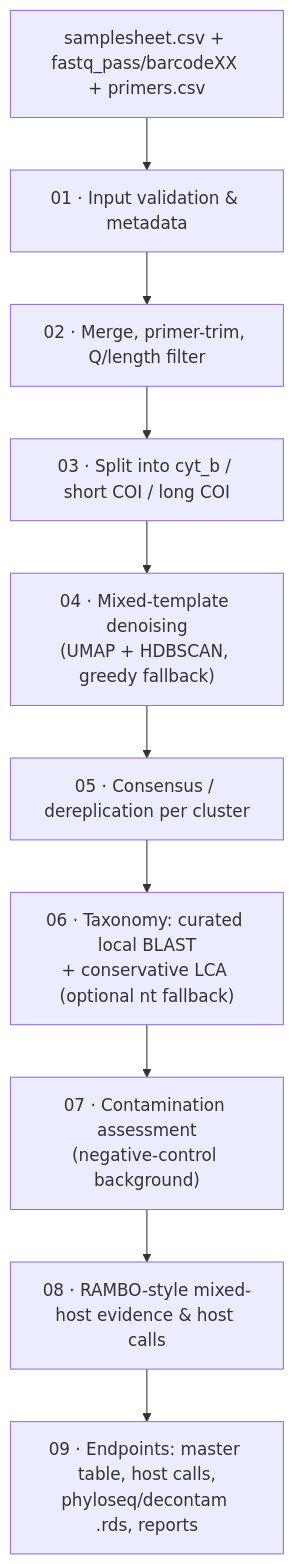
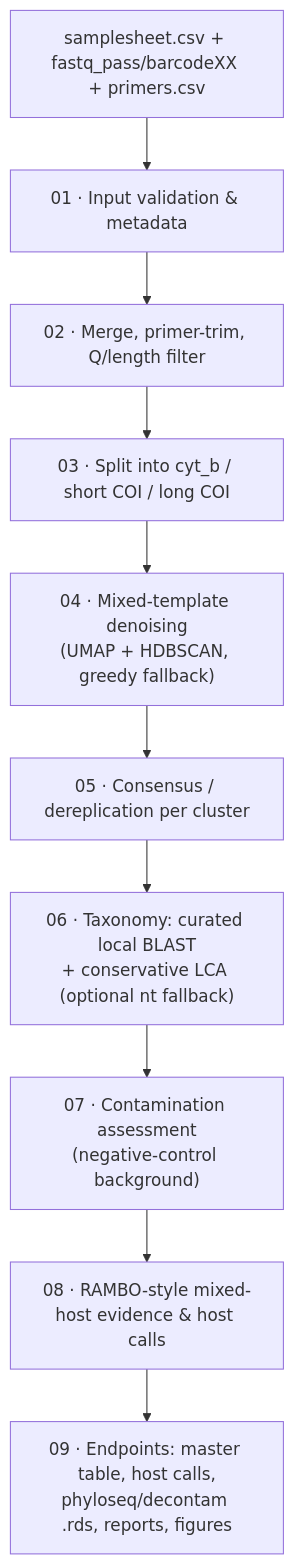
The diagram in README.md (cyril-kuma/HAEMA), drawn with Mermaid before and after one commit. The commit also changed other lines of this file and 14 other files, not shown here.

````diff
--- a/README.md
+++ b/README.md
@@ -24,12 +24,12 @@
 ```mermaid
 flowchart TD
     A["samplesheet.csv + fastq_pass/barcodeXX + primers.csv"] --> B[01 · Input validation & metadata]
     B --> C[02 · Merge, primer-trim, Q/length filter]
     C --> D[03 · Split into cyt_b / short COI / long COI]
     D --> E["04 · Mixed-template denoising<br/>(UMAP + HDBSCAN, greedy fallback)"]
     E --> F[05 · Consensus / dereplication per cluster]
     F --> G["06 · Taxonomy: curated local BLAST<br/>+ conservative LCA (optional nt fallback)"]
     G --> H["07 · Contamination assessment<br/>(negative-control background)"]
     H --> I["08 · RAMBO-style mixed-host evidence & host calls"]
-    I --> J["09 · Endpoints: master table, host calls,<br/>phyloseq/decontam .rds, reports"]
+    I --> J["09 · Endpoints: master table, host calls,<br/>phyloseq/decontam .rds, reports, figures"]
 ```
````
